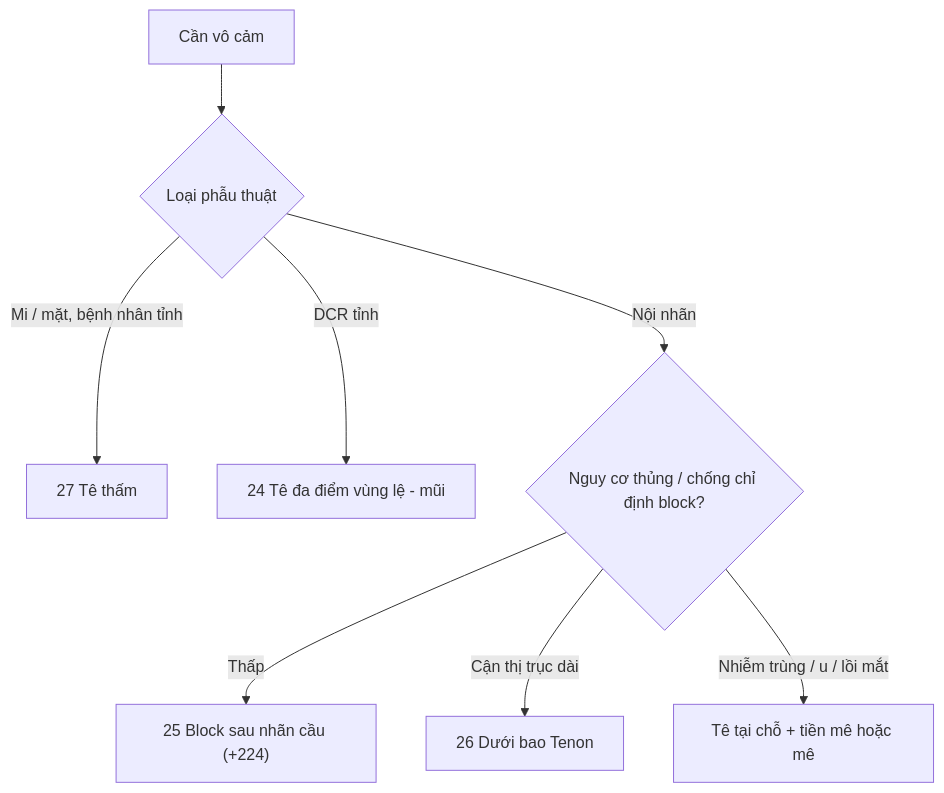
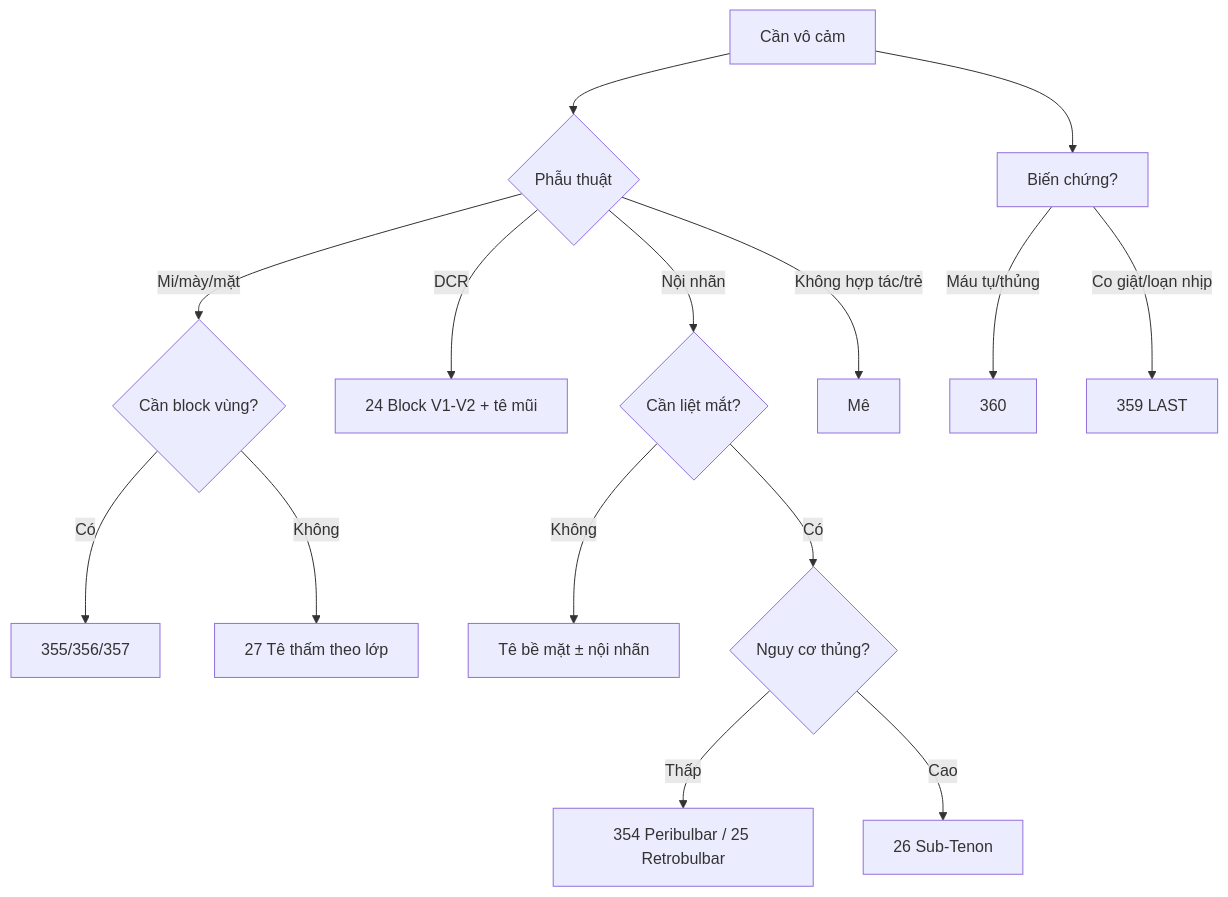
One commit to drthe92/eye-surgeries changed the diagram in tong-quan-N-vo-cam.md. Above: the diagram before and after it, drawn with Mermaid. The commit also changed other lines of this file and 28 other files, not shown here.

````diff
--- a/tong-quan-N-vo-cam.md
+++ b/tong-quan-N-vo-cam.md
@@ -39,10 +113,17 @@
 ```mermaid
 flowchart TD
-  A["Cần vô cảm"] --> B{"Loại phẫu thuật"}
-  B -- "Mi / mặt, bệnh nhân tỉnh" --> B1["27 Tê thấm"]
-  B -- "DCR tỉnh" --> B2["24 Tê đa điểm vùng lệ - mũi"]
-  B -- "Nội nhãn" --> C{"Nguy cơ thủng / chống chỉ định block?"}
-  C -- "Thấp" --> C1["25 Block sau nhãn cầu (+224)"]
-  C -- "Cận thị trục dài" --> C2["26 Dưới bao Tenon"]
-  C -- "Nhiễm trùng / u / lồi mắt" --> C3["Tê tại chỗ + tiền mê hoặc mê"]
+  A["Cần vô cảm"] --> B{"Phẫu thuật"}
+  B -- "Mi/mày/mặt" --> C{"Cần block vùng?"}
+  C -- "Có" --> C1["355/356/357"]
+  C -- "Không" --> C2["27 Tê thấm theo lớp"]
+  B -- "DCR" --> D["24 Block V1-V2 + tê mũi"]
+  B -- "Nội nhãn" --> E{"Cần liệt mắt?"}
+  E -- "Không" --> E1["Tê bề mặt ± nội nhãn"]
+  E -- "Có" --> E2{"Nguy cơ thủng?"}
+  E2 -- "Thấp" --> E3["354 Peribulbar / 25 Retrobulbar"]
+  E2 -- "Cao" --> E4["26 Sub-Tenon"]
+  B -- "Không hợp tác/trẻ" --> F["Mê"]
+  A --> G["Biến chứng?"]
+  G -- "Máu tụ/thủng" --> H["360"]
+  G -- "Co giật/loạn nhịp" --> I["359 LAST"]
 ```
````
